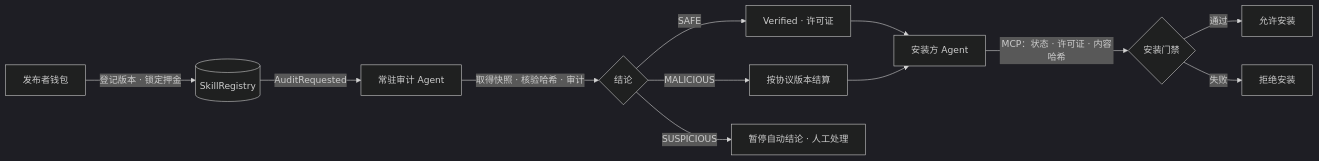
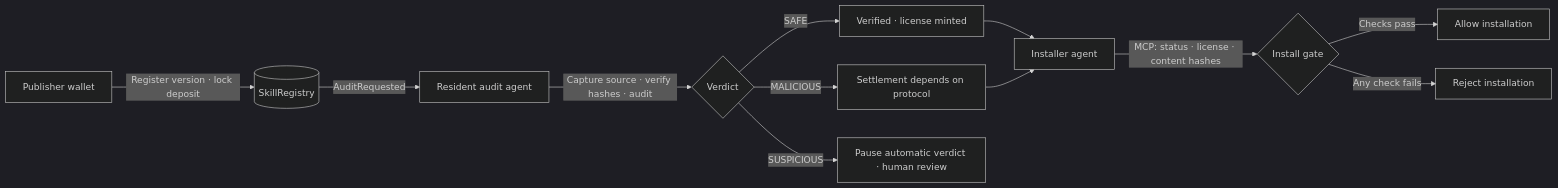
The diagram in README.md (yishengsss/SkillGuard), drawn with Mermaid (dark theme) before and after one commit. The commit also changed other lines of this file and 2 other files, not shown here.

````diff
--- a/README.md
+++ b/README.md
@@ -59,14 +61,14 @@
 ```mermaid
 flowchart LR
-    P[发布者钱包] -->|登记版本 · 锁定押金| R[(SkillRegistry)]
-    R -->|AuditRequested| A[常驻审计 Agent]
-    A -->|取得快照 · 核验哈希 · 审计| D{结论}
-    D -->|SAFE| V[Verified · 许可证]
-    D -->|MALICIOUS| M[按协议版本结算]
-    D -->|SUSPICIOUS| H[暂停自动结论 · 人工处理]
-    V --> I[安装方 Agent]
+    P[Publisher wallet] -->|Register version · lock deposit| R[(SkillRegistry)]
+    R -->|AuditRequested| A[Resident audit agent]
+    A -->|Capture source · verify hashes · audit| D{Verdict}
+    D -->|SAFE| V[Verified · license minted]
+    D -->|MALICIOUS| M[Settlement depends on protocol]
+    D -->|SUSPICIOUS| H[Pause automatic verdict · human review]
+    V --> I[Installer agent]
     M --> I
-    I -->|MCP：状态 · 许可证 · 内容哈希| G{安装门禁}
-    G -->|通过| OK[允许安装]
-    G -->|失败| NO[拒绝安装]
+    I -->|MCP: status · license · content hashes| G{Install gate}
+    G -->|Checks pass| OK[Allow installation]
+    G -->|Any check fails| NO[Reject installation]
 ```
````
